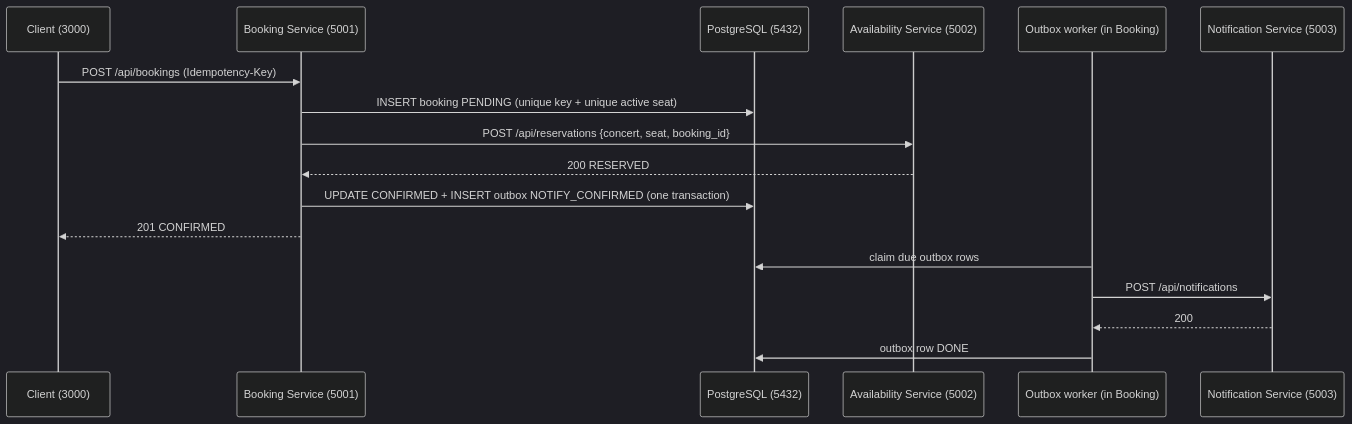
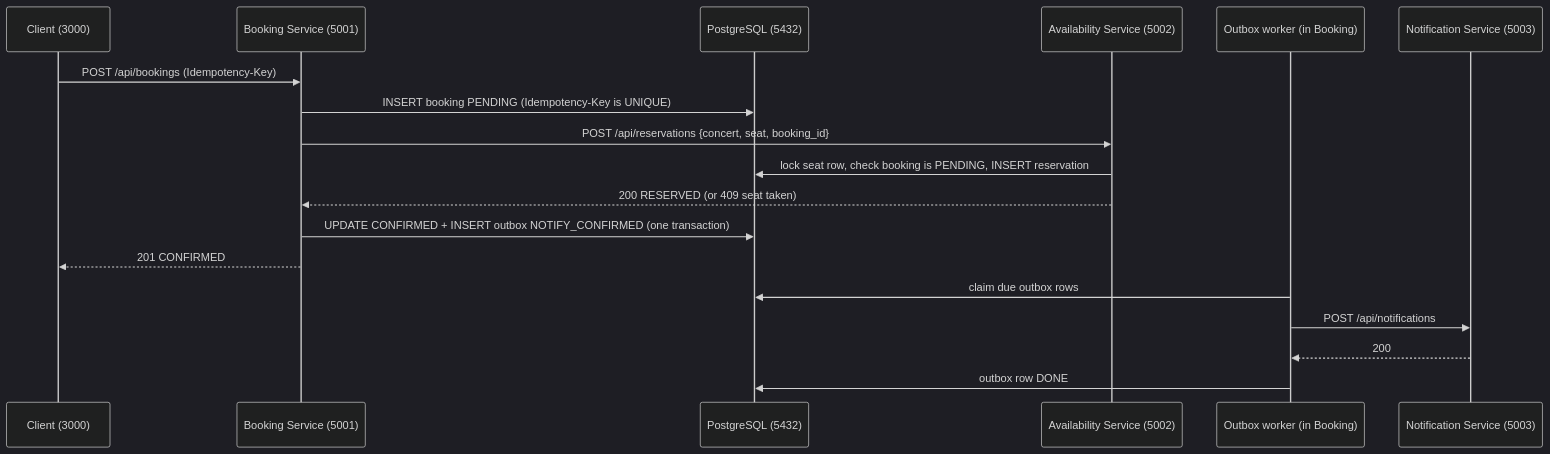
One commit to syhrhh/concert-ticket-booking changed the diagram in booking-service/README.md. Above: the diagram before and after it, drawn with Mermaid (dark theme). The commit also changed other lines of this file and 9 other files, not shown here.

````diff
--- a/booking-service/README.md
+++ b/booking-service/README.md
@@ -60,19 +64,20 @@
 ```mermaid
 sequenceDiagram
     participant C as Client (3000)
     participant B as Booking Service (5001)
     participant D as PostgreSQL (5432)
     participant A as Availability Service (5002)
     participant W as Outbox worker (in Booking)
     participant N as Notification Service (5003)
     C->>B: POST /api/bookings (Idempotency-Key)
-    B->>D: INSERT booking PENDING (unique key + unique active seat)
+    B->>D: INSERT booking PENDING (Idempotency-Key is UNIQUE)
     B->>A: POST /api/reservations {concert, seat, booking_id}
-    A-->>B: 200 RESERVED
+    A->>D: lock seat row, check booking is PENDING, INSERT reservation
+    A-->>B: 200 RESERVED (or 409 seat taken)
     B->>D: UPDATE CONFIRMED + INSERT outbox NOTIFY_CONFIRMED (one transaction)
     B-->>C: 201 CONFIRMED
     W->>D: claim due outbox rows
     W->>N: POST /api/notifications
     N-->>W: 200
     W->>D: outbox row DONE
 ```
````
